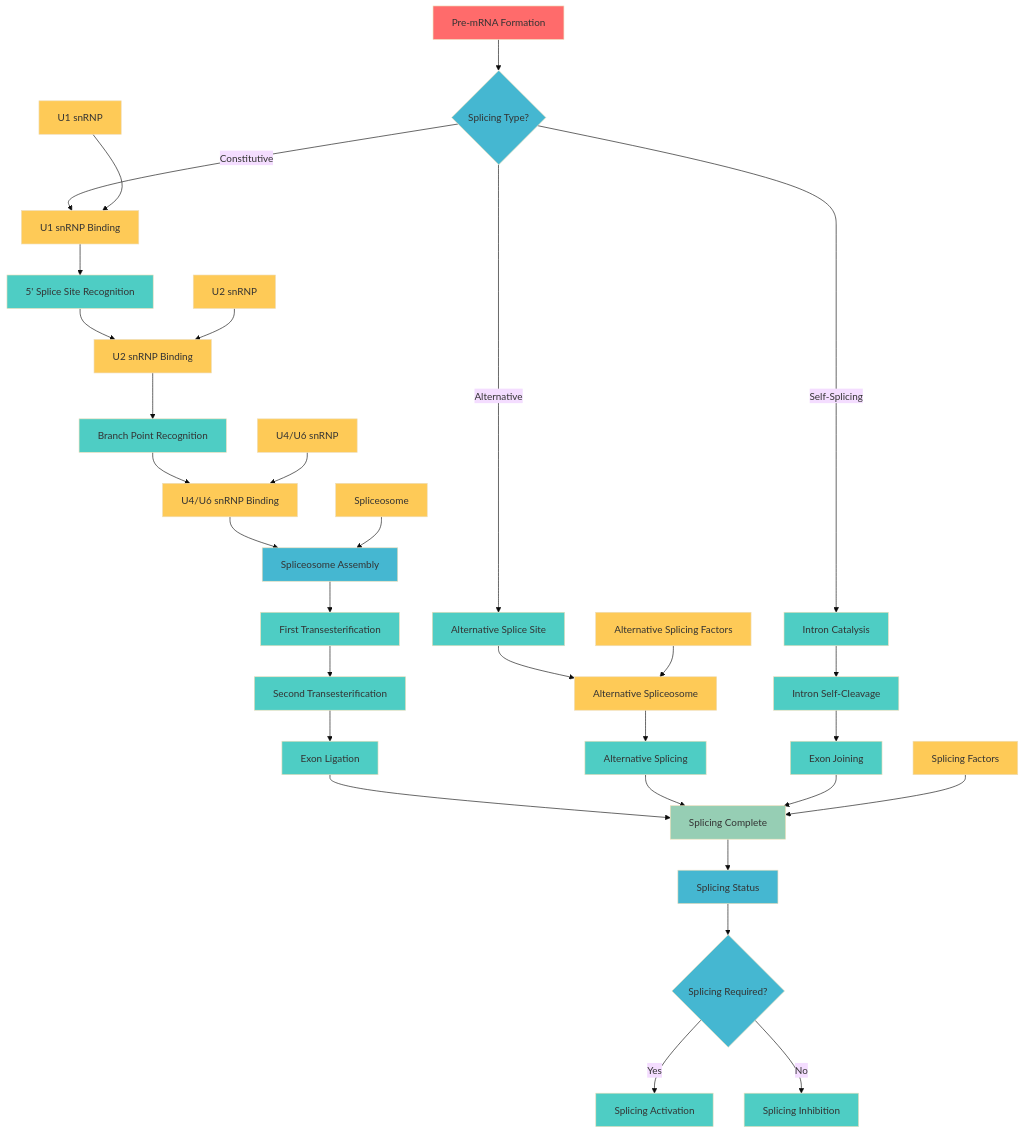
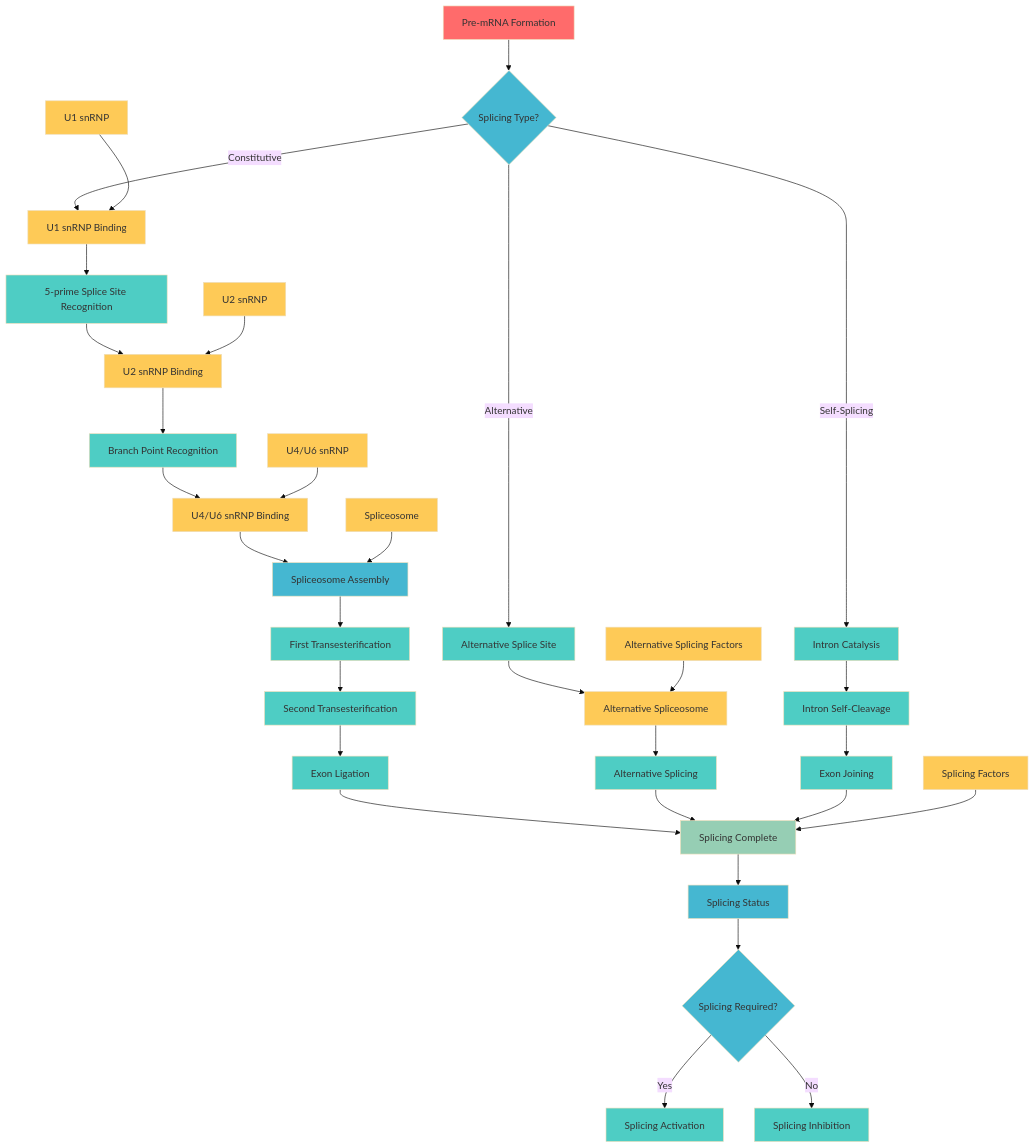
One commit to garywelz/glmp changed the diagram in docs/paper/community/contributions/new_charts/batch9_01_rna_splicing.mmd. Above: the diagram before and after it, drawn with Mermaid (base theme). The commit also changed 30 other files, not shown here.

Commit message:
Update greek letters and prime notation in multiple diagrams

```diff
--- a/docs/paper/community/contributions/new_charts/batch9_01_rna_splicing.mmd
+++ b/docs/paper/community/contributions/new_charts/batch9_01_rna_splicing.mmd
@@ -1,67 +1,67 @@
 graph TD
     A[Pre-mRNA Formation] --> B{Splicing Type?}
     B -->|Constitutive| C[U1 snRNP Binding]
     B -->|Alternative| D[Alternative Splice Site]
     B -->|Self-Splicing| E[Intron Catalysis]
     
-    C --> F[5' Splice Site Recognition]
+    C --> F[5-prime Splice Site Recognition]
     F --> G[U2 snRNP Binding]
     G --> H[Branch Point Recognition]
     H --> I[U4/U6 snRNP Binding]
     I --> J[Spliceosome Assembly]
     J --> K[First Transesterification]
     K --> L[Second Transesterification]
     L --> M[Exon Ligation]
     M --> N[Splicing Complete]
     
     D --> O[Alternative Spliceosome]
     O --> P[Alternative Splicing]
     P --> N
     
     E --> Q[Intron Self-Cleavage]
     Q --> R[Exon Joining]
     R --> N
     
     %% Regulation
     N --> S[Splicing Status]
     S --> T{Splicing Required?}
     T -->|Yes| U[Splicing Activation]
     T -->|No| V[Splicing Inhibition]
     
     %% Key proteins
     W[U1 snRNP] --> C
     X[U2 snRNP] --> G
     Y[U4/U6 snRNP] --> I
     Z[Spliceosome] --> J
     AA[Splicing Factors] --> N
     BB[Alternative Splicing Factors] --> O
     
     %% Styling
     style A fill:#ff6b6b
     style B fill:#45b7d1
     style C fill:#feca57
     style D fill:#4ecdc4
     style E fill:#4ecdc4
     style F fill:#4ecdc4
     style G fill:#feca57
     style H fill:#4ecdc4
     style I fill:#feca57
     style J fill:#45b7d1
     style K fill:#4ecdc4
     style L fill:#4ecdc4
     style M fill:#4ecdc4
     style N fill:#96ceb4
     style O fill:#feca57
     style P fill:#4ecdc4
     style Q fill:#4ecdc4
     style R fill:#4ecdc4
     style S fill:#45b7d1
     style T fill:#45b7d1
     style U fill:#4ecdc4
     style V fill:#4ecdc4
     style W fill:#feca57
     style X fill:#feca57
     style Y fill:#feca57
     style Z fill:#feca57
     style AA fill:#feca57
     style BB fill:#feca57
```
